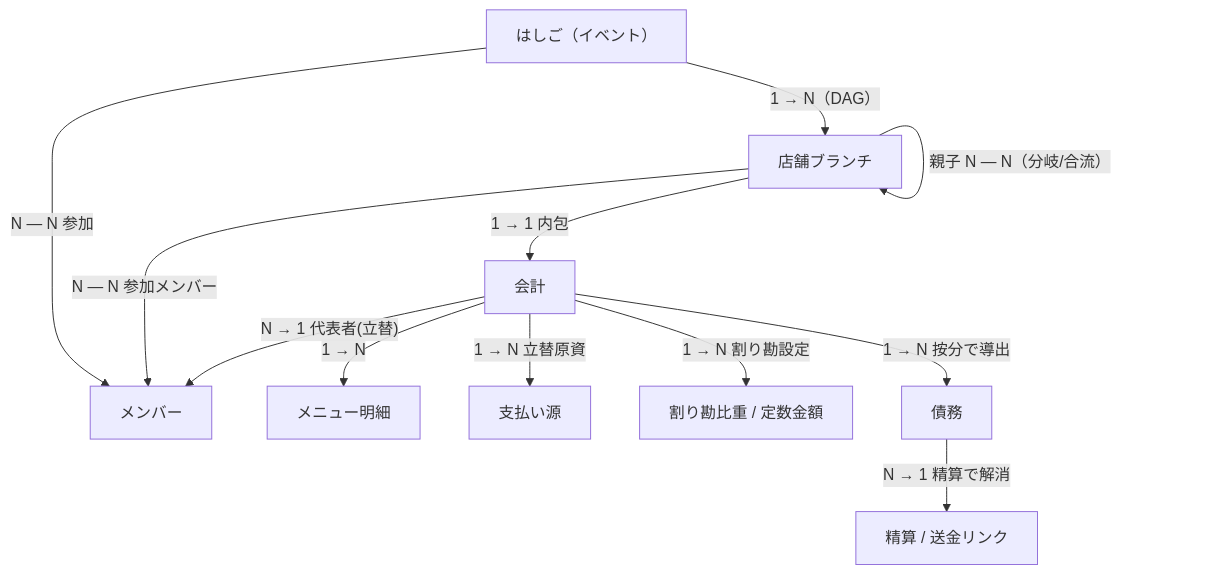
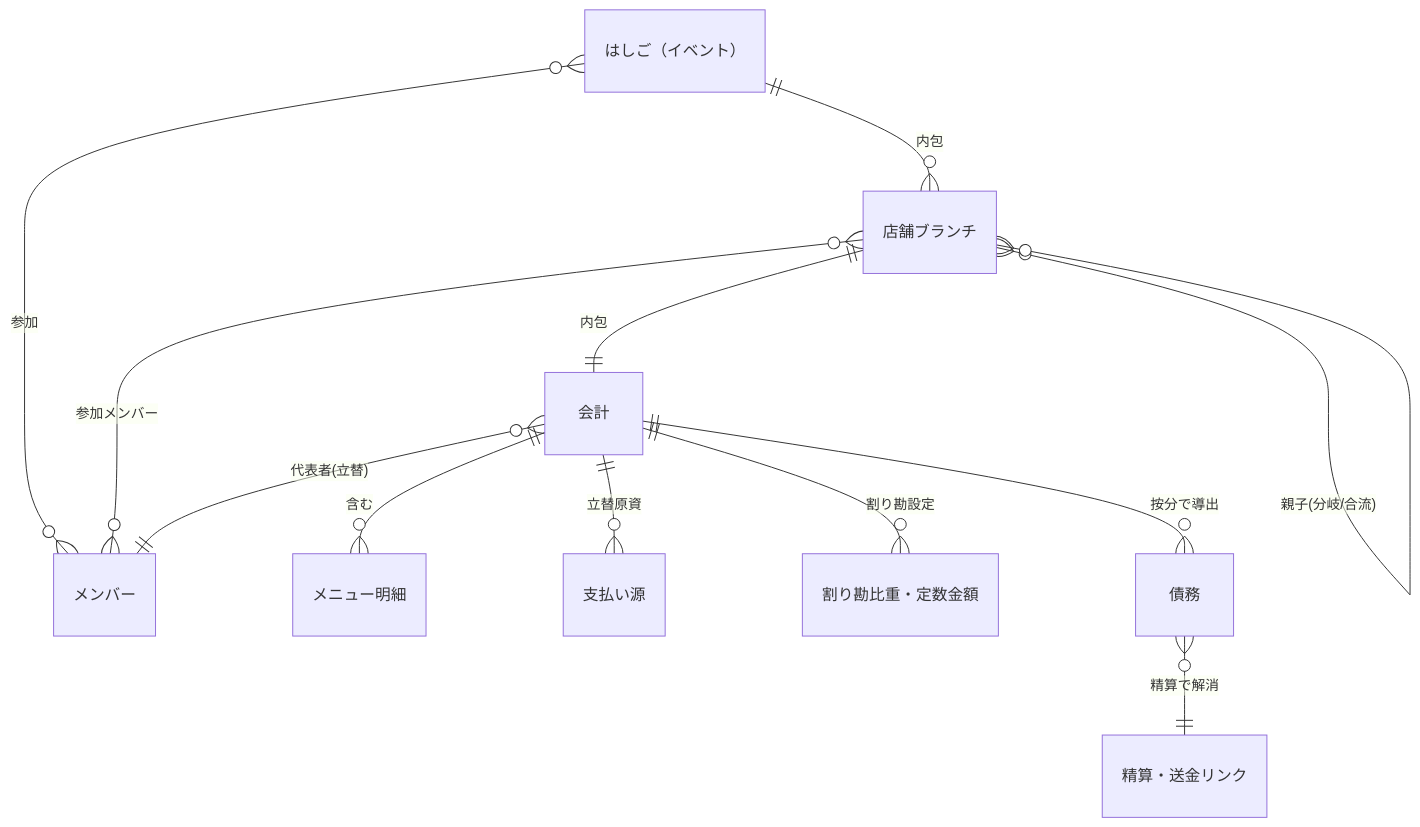
The second of 4 diagrams in docs/domain.md (katsudon08/kanjo-kun), drawn with Mermaid before and after one commit.

Commit message:
domain.md の関連図を erDiagram で表示（エイリアスを定義してキー参照する正しい記法に修正。全 mermaid を構文検証済み）

````diff
--- a/docs/domain.md
+++ b/docs/domain.md
@@ -65,24 +65,23 @@
 ```mermaid
-flowchart TD
+erDiagram
     HASHIGO["はしご（イベント）"]
-    SB["店舗ブランチ"]
-    ACC["会計"]
-    MEM["メンバー"]
-    MENU["メニュー明細"]
-    PS["支払い源"]
-    SPLIT["割り勘比重 / 定数金額"]
+    STORE_BRANCH["店舗ブランチ"]
+    ACCOUNT["会計"]
+    MEMBER["メンバー"]
+    MENU_ITEM["メニュー明細"]
+    PAYMENT_SOURCE["支払い源"]
+    SPLIT_SETTING["割り勘比重・定数金額"]
     DEBT["債務"]
-    SETTLE["精算 / 送金リンク"]
-
-    HASHIGO -->|"1 → N（DAG）"| SB
-    HASHIGO -->|"N — N 参加"| MEM
-    SB -->|"親子 N — N（分岐/合流）"| SB
-    SB -->|"N — N 参加メンバー"| MEM
-    SB -->|"1 → 1 内包"| ACC
-    ACC -->|"1 → N"| MENU
-    ACC -->|"N → 1 代表者(立替)"| MEM
-    ACC -->|"1 → N 立替原資"| PS
-    ACC -->|"1 → N 割り勘設定"| SPLIT
-    ACC -->|"1 → N 按分で導出"| DEBT
-    DEBT -->|"N → 1 精算で解消"| SETTLE
+    SETTLEMENT["精算・送金リンク"]
+    HASHIGO ||--o{ STORE_BRANCH : "内包"
+    HASHIGO }o--o{ MEMBER : "参加"
+    STORE_BRANCH }o--o{ STORE_BRANCH : "親子(分岐/合流)"
+    STORE_BRANCH }o--o{ MEMBER : "参加メンバー"
+    STORE_BRANCH ||--|| ACCOUNT : "内包"
+    ACCOUNT ||--o{ MENU_ITEM : "含む"
+    ACCOUNT }o--|| MEMBER : "代表者(立替)"
+    ACCOUNT ||--o{ PAYMENT_SOURCE : "立替原資"
+    ACCOUNT ||--o{ SPLIT_SETTING : "割り勘設定"
+    ACCOUNT ||--o{ DEBT : "按分で導出"
+    DEBT }o--|| SETTLEMENT : "精算で解消"
 ```
````
